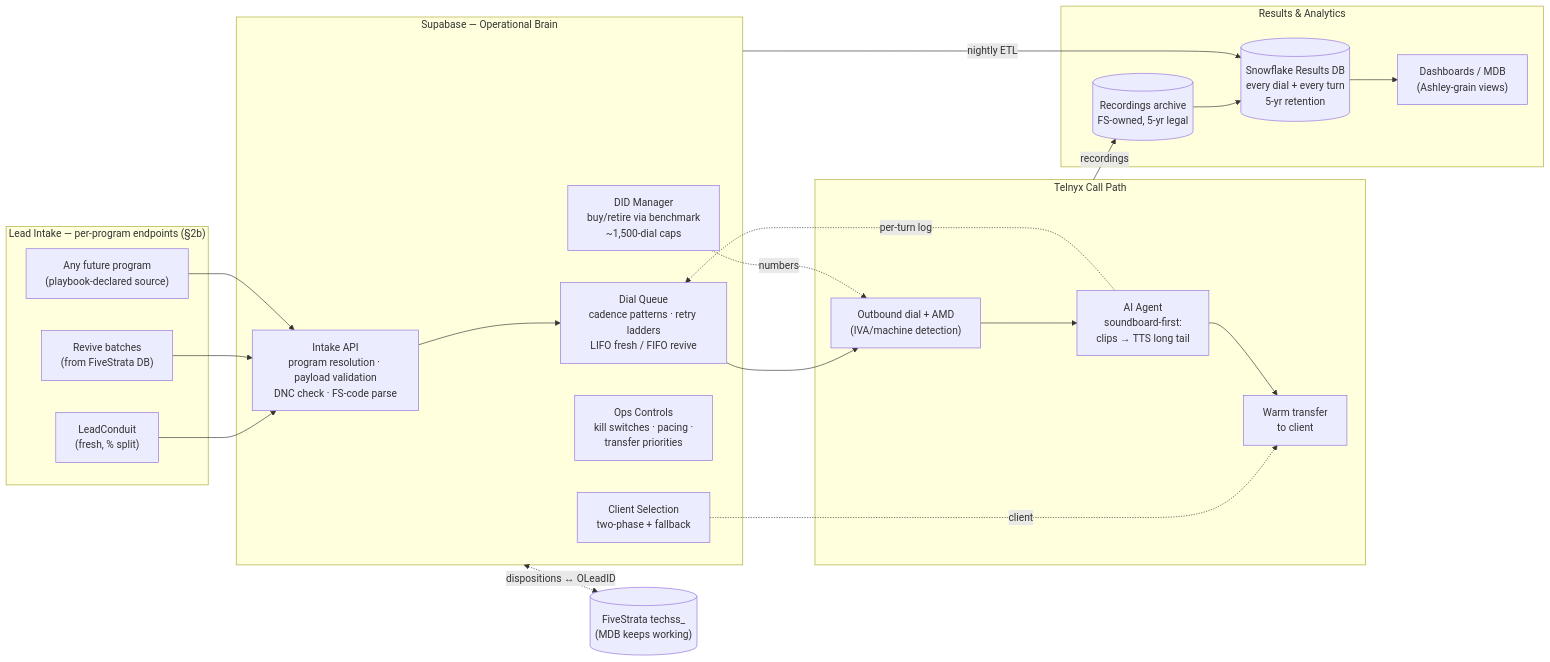
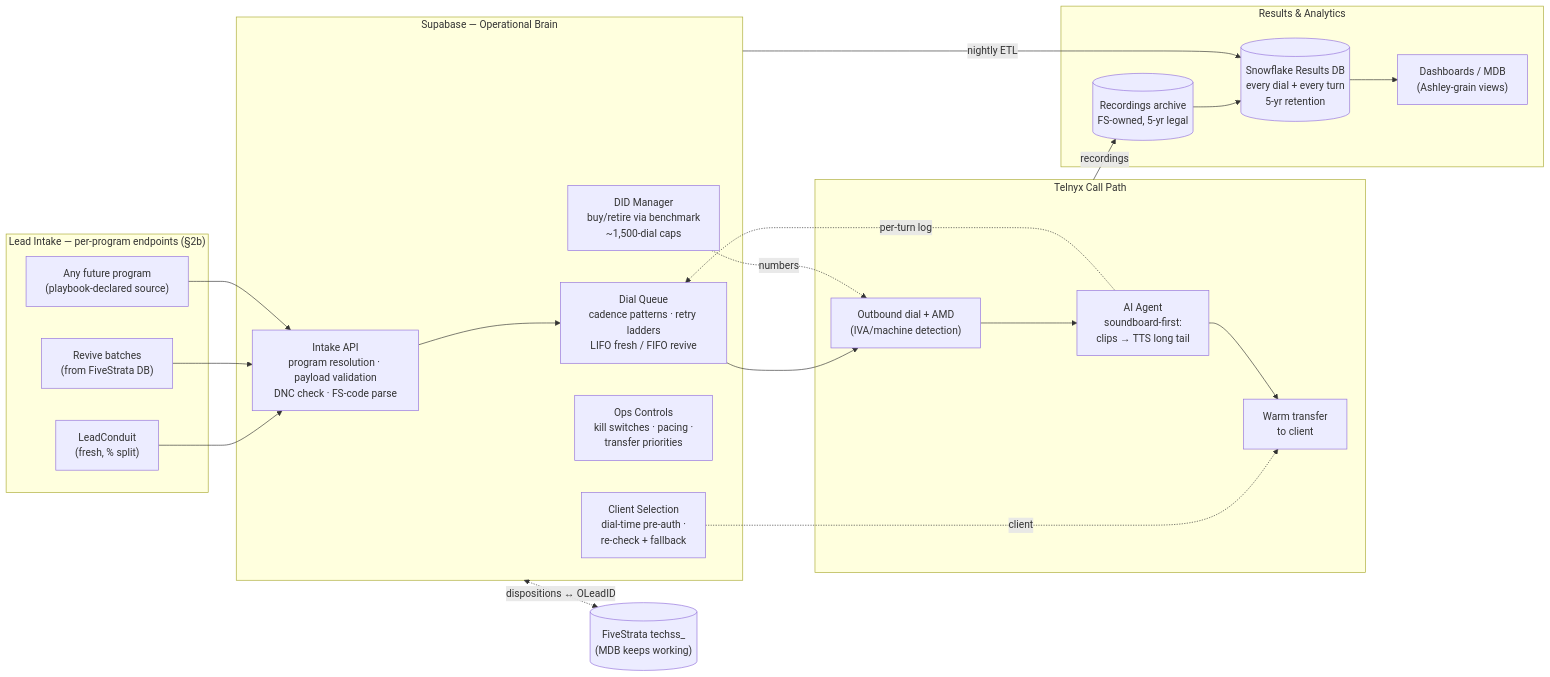
One commit to piermadsen-blcalls/fivestrata-dialer changed the first of 4 diagrams in docs/PRD.md. Above: the diagram before and after it, drawn with Mermaid. The commit also changed other lines of this file and 7 other files, not shown here.

````diff
--- a/docs/PRD.md
+++ b/docs/PRD.md
@@ -18,44 +18,44 @@
 ```mermaid
 flowchart LR
   subgraph IN["Lead Intake — per-program endpoints (§2b)"]
     LC["LeadConduit<br/>(fresh, % split)"]
     RV["Revive batches<br/>(from FiveStrata DB)"]
     OTH["Any future program<br/>(playbook-declared source)"]
   end
 
   subgraph BRAIN["Supabase — Operational Brain"]
     API["Intake API<br/>program resolution · payload validation<br/>DNC check · FS-code parse"]
     Q["Dial Queue<br/>cadence patterns · retry ladders<br/>LIFO fresh / FIFO revive"]
     DIDM["DID Manager<br/>buy/retire via benchmark<br/>~1,500-dial caps"]
-    CSEL["Client Selection<br/>two-phase + fallback"]
+    CSEL["Client Selection<br/>dial-time pre-auth ·<br/>re-check + fallback"]
     CTRL["Ops Controls<br/>kill switches · pacing ·<br/>transfer priorities"]
   end
 
   subgraph CALL["Telnyx Call Path"]
     DIAL["Outbound dial + AMD<br/>(IVA/machine detection)"]
     AGENT["AI Agent<br/>soundboard-first:<br/>clips → TTS long tail"]
     XFER["Warm transfer<br/>to client"]
   end
 
   subgraph DATA["Results & Analytics"]
     SF[("Snowflake Results DB<br/>every dial + every turn<br/>5-yr retention")]
     REC[("Recordings archive<br/>FS-owned, 5-yr legal")]
     DASH["Dashboards / MDB<br/>(Ashley-grain views)"]
   end
 
   LC --> API
   RV --> API
   OTH --> API
   API --> Q
   Q --> DIAL
   DIDM -.numbers.-> DIAL
   DIAL --> AGENT
   CSEL -.client.-> XFER
   AGENT --> XFER
   AGENT -. per-turn log .-> Q
   BRAIN -- nightly ETL --> SF
   CALL -- recordings --> REC
   REC --> SF
   SF --> DASH
   BRAIN <-. dispositions ↔ OLeadID .-> TECHSS[("FiveStrata techss_<br/>(MDB keeps working)")]
 ```
````
